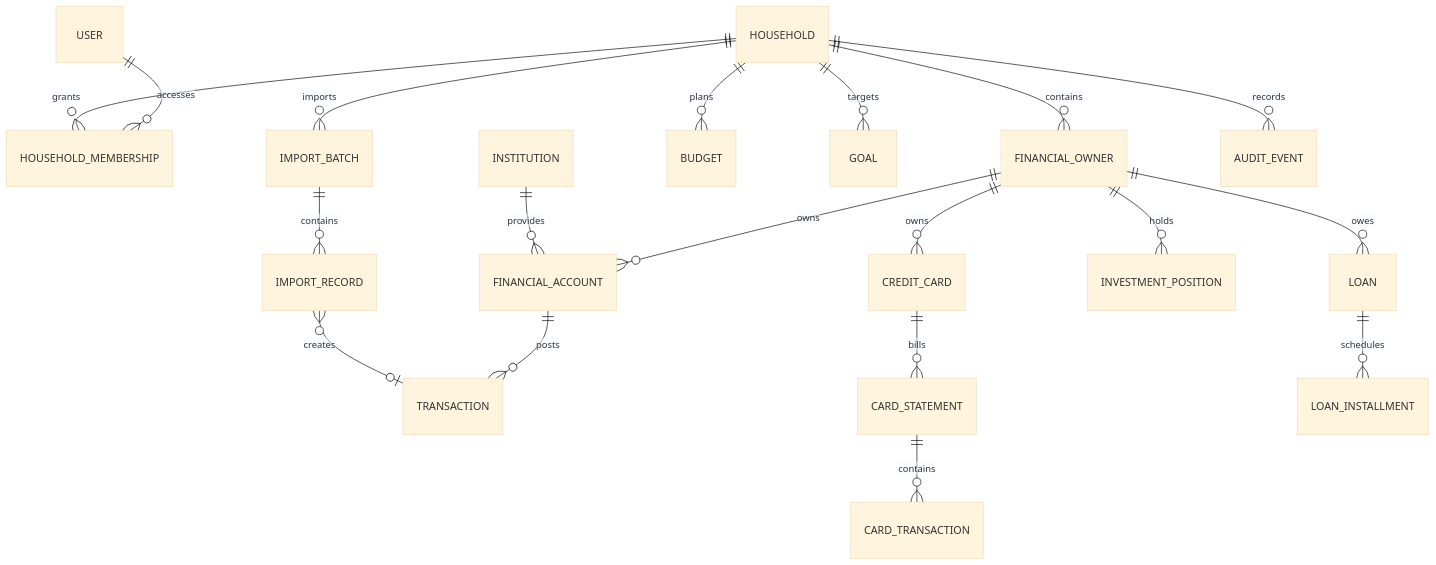
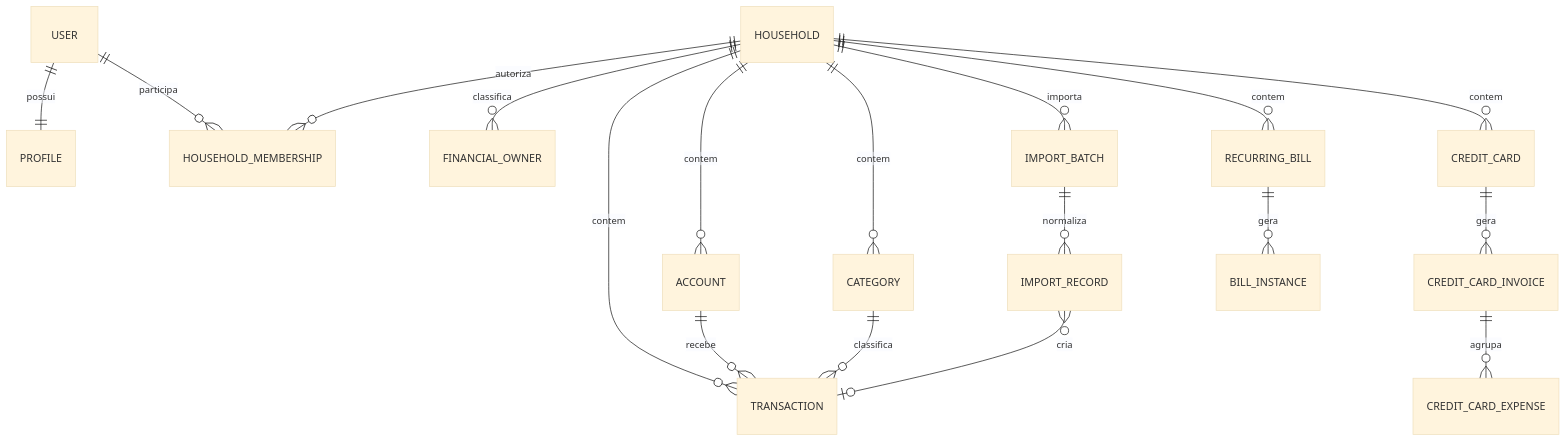
Before and after one commit to Ludsonfrancisco/finanpy: the diagram in docs/data-model.md, drawn with Mermaid (base theme). The commit also changed other lines of this file and 13 other files, not shown here.

````diff
--- a/docs/data-model.md
+++ b/docs/data-model.md
@@ -34,21 +19,20 @@
 ```mermaid
 erDiagram
-    USER ||--o{ HOUSEHOLD_MEMBERSHIP : accesses
-    HOUSEHOLD ||--o{ HOUSEHOLD_MEMBERSHIP : grants
-    HOUSEHOLD ||--o{ FINANCIAL_OWNER : contains
-    FINANCIAL_OWNER ||--o{ FINANCIAL_ACCOUNT : owns
-    INSTITUTION ||--o{ FINANCIAL_ACCOUNT : provides
-    FINANCIAL_ACCOUNT ||--o{ TRANSACTION : posts
-    FINANCIAL_OWNER ||--o{ CREDIT_CARD : owns
-    CREDIT_CARD ||--o{ CARD_STATEMENT : bills
-    CARD_STATEMENT ||--o{ CARD_TRANSACTION : contains
-    FINANCIAL_OWNER ||--o{ LOAN : owes
-    LOAN ||--o{ LOAN_INSTALLMENT : schedules
-    FINANCIAL_OWNER ||--o{ INVESTMENT_POSITION : holds
-    HOUSEHOLD ||--o{ BUDGET : plans
-    HOUSEHOLD ||--o{ GOAL : targets
-    HOUSEHOLD ||--o{ IMPORT_BATCH : imports
-    IMPORT_BATCH ||--o{ IMPORT_RECORD : contains
-    IMPORT_RECORD }o--o| TRANSACTION : creates
-    HOUSEHOLD ||--o{ AUDIT_EVENT : records
+    USER ||--|| PROFILE : possui
+    USER ||--o{ HOUSEHOLD_MEMBERSHIP : participa
+    HOUSEHOLD ||--o{ HOUSEHOLD_MEMBERSHIP : autoriza
+    HOUSEHOLD ||--o{ FINANCIAL_OWNER : classifica
+    HOUSEHOLD ||--o{ ACCOUNT : contem
+    HOUSEHOLD ||--o{ CATEGORY : contem
+    HOUSEHOLD ||--o{ TRANSACTION : contem
+    ACCOUNT ||--o{ TRANSACTION : recebe
+    CATEGORY ||--o{ TRANSACTION : classifica
+    HOUSEHOLD ||--o{ IMPORT_BATCH : importa
+    IMPORT_BATCH ||--o{ IMPORT_RECORD : normaliza
+    IMPORT_RECORD }o--o| TRANSACTION : cria
+    HOUSEHOLD ||--o{ CREDIT_CARD : contem
+    CREDIT_CARD ||--o{ CREDIT_CARD_INVOICE : gera
+    CREDIT_CARD_INVOICE ||--o{ CREDIT_CARD_EXPENSE : agrupa
+    HOUSEHOLD ||--o{ RECURRING_BILL : contem
+    RECURRING_BILL ||--o{ BILL_INSTANCE : gera
 ```
````
